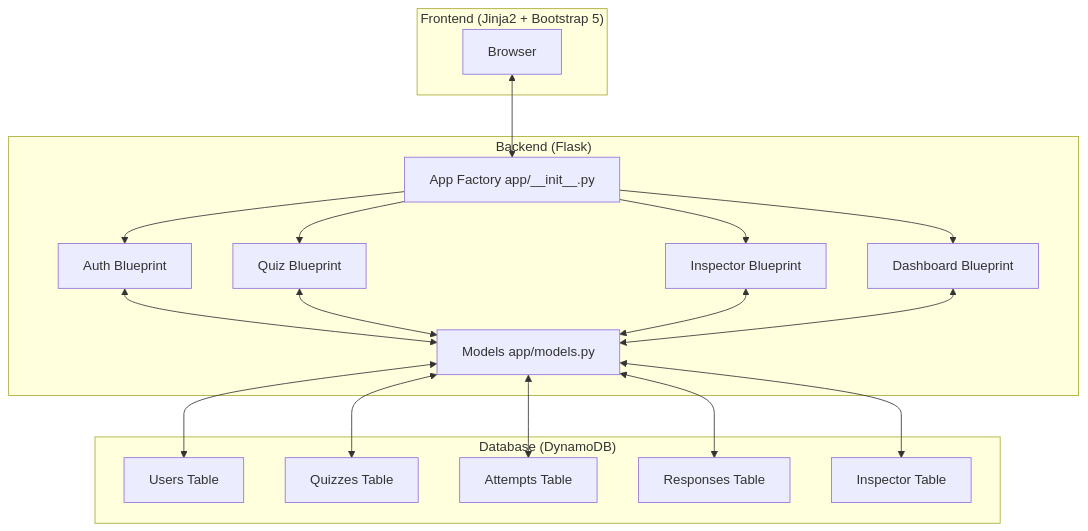
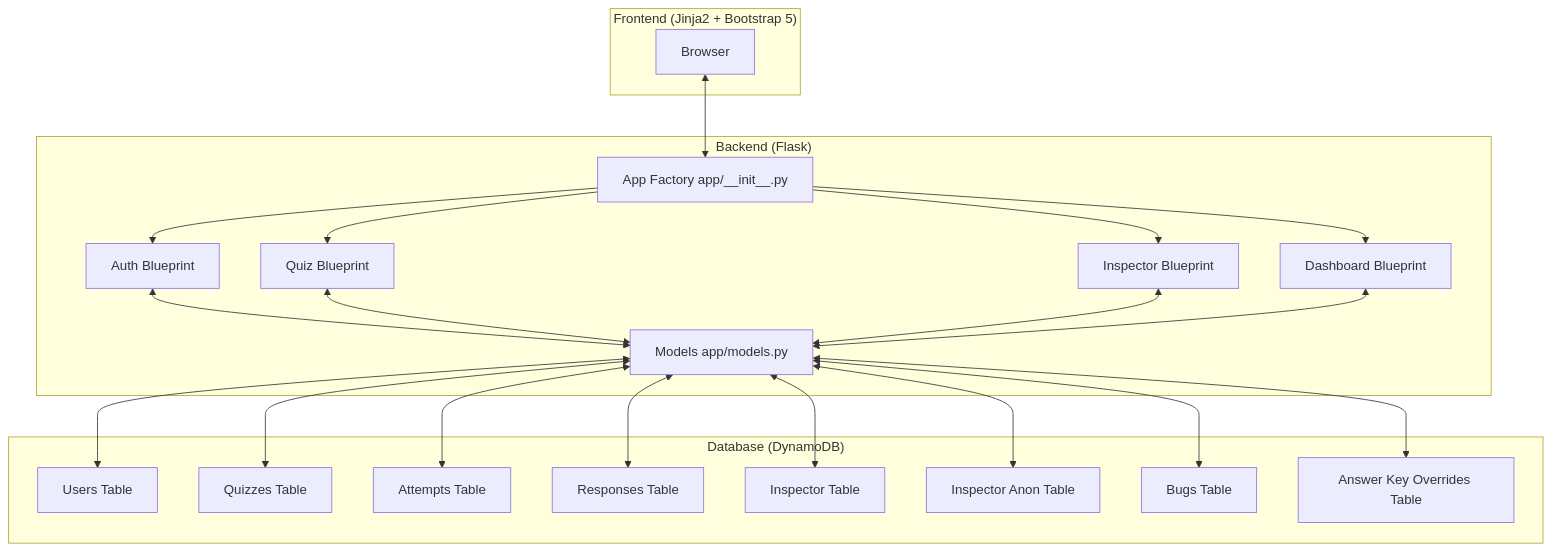
The first of 2 diagrams in documentation/dev/ARCHITECTURE.md (Panacota96/master-Project-Phishing), drawn with Mermaid before and after one commit. The commit also changed other lines of this file and 4 other files, not shown here.

First line of the commit message:
docs: update changelog, README, and docs for v1.2.0 editable answer key

````diff
--- a/documentation/dev/ARCHITECTURE.md
+++ b/documentation/dev/ARCHITECTURE.md
@@ -6,28 +6,31 @@
 ```mermaid
 flowchart TD
     subgraph "Frontend (Jinja2 + Bootstrap 5)"
         User[Browser]
     end
     
     subgraph "Backend (Flask)"
         Factory[App Factory app/__init__.py]
         Auth[Auth Blueprint]
         Quiz[Quiz Blueprint]
         Insp[Inspector Blueprint]
         Dash[Dashboard Blueprint]
         Models[Models app/models.py]
     end
     
     subgraph "Database (DynamoDB)"
         DB_Users[Users Table]
         DB_Quizzes[Quizzes Table]
         DB_Attempts[Attempts Table]
         DB_Responses[Responses Table]
         DB_Inspector[Inspector Table]
+        DB_InspectorAnon[Inspector Anon Table]
+        DB_Bugs[Bugs Table]
+        DB_AKOverrides[Answer Key Overrides Table]
     end
-    
+
     User <--> Factory
     Factory --> Auth & Quiz & Insp & Dash
     Auth & Quiz & Insp & Dash <--> Models
-    Models <--> DB_Users & DB_Quizzes & DB_Attempts & DB_Responses & DB_Inspector
+    Models <--> DB_Users & DB_Quizzes & DB_Attempts & DB_Responses & DB_Inspector & DB_InspectorAnon & DB_Bugs & DB_AKOverrides
 ```
````
